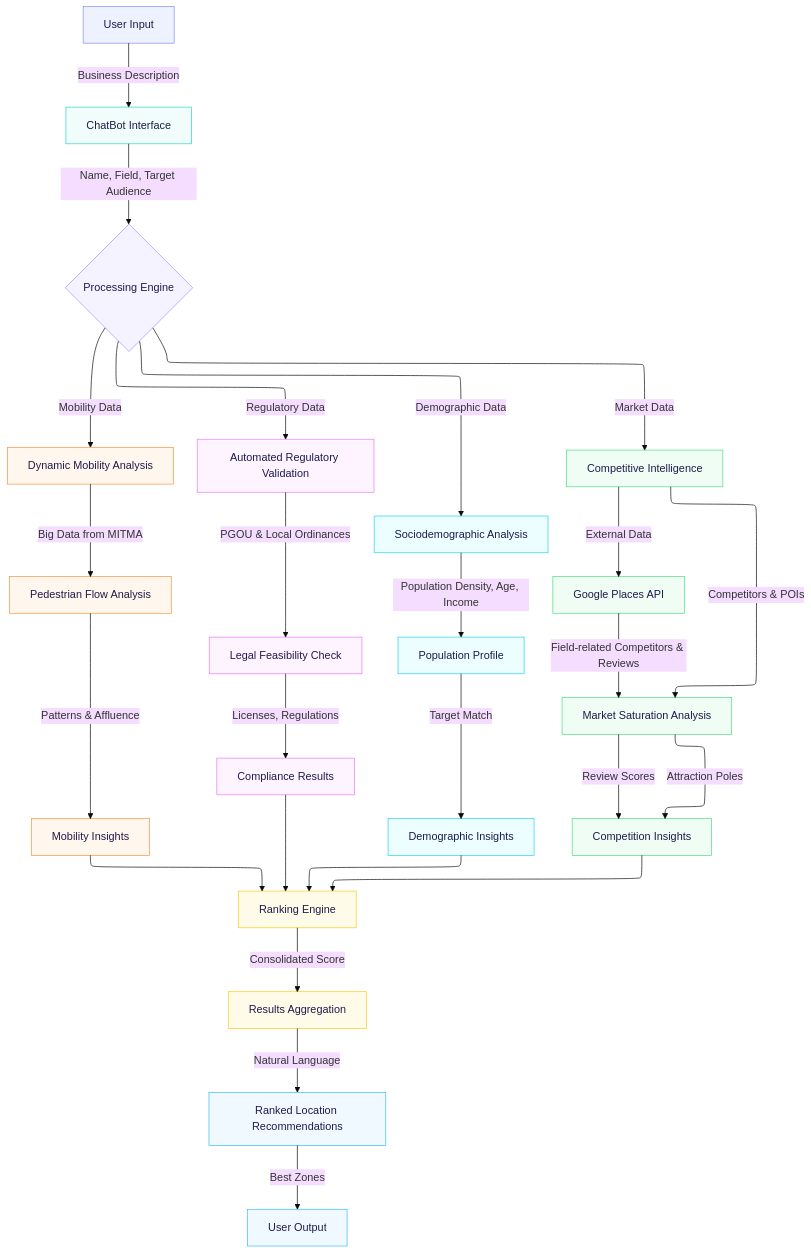
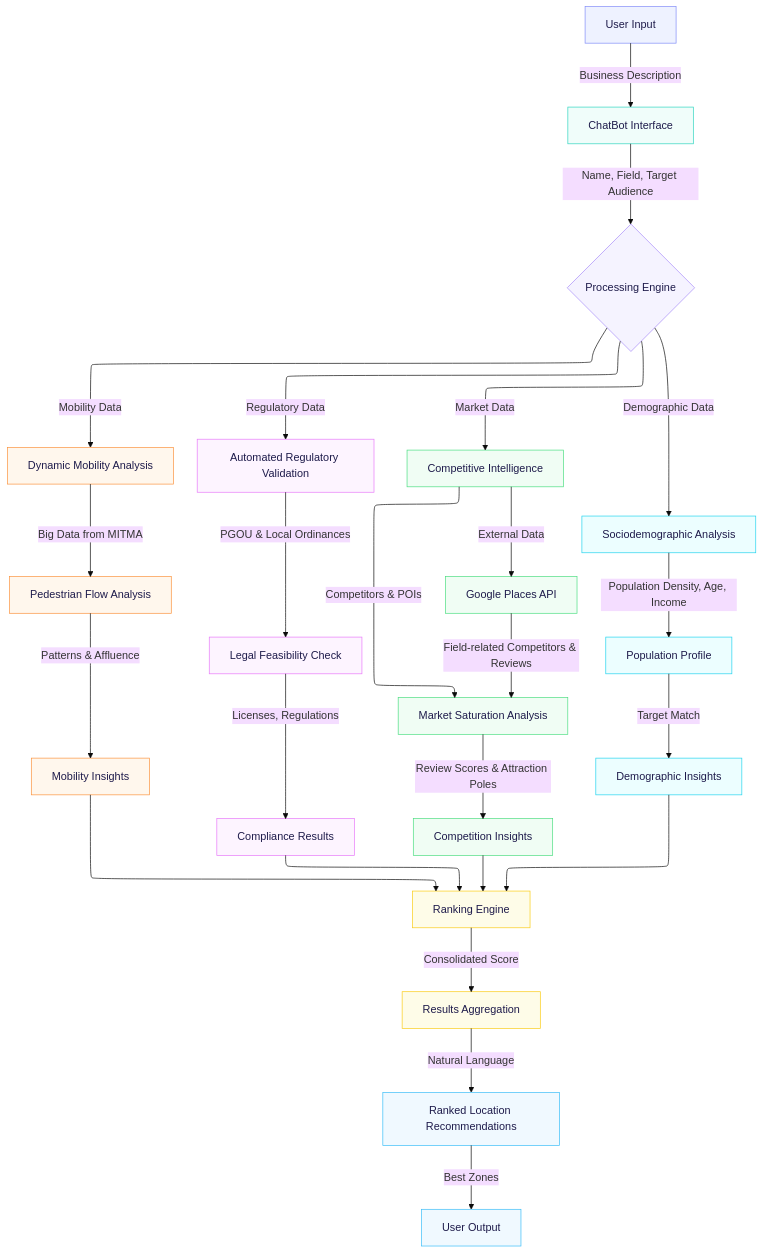
The diagram in docs/diagram.md (geoyield/Geo-Yield-AI), drawn with Mermaid (base theme) before and after one commit. The commit also changed 106 other files, not shown here.

```diff
--- a/docs/diagram.md
+++ b/docs/diagram.md
@@ -3,31 +3,44 @@
 config:
   layout: elk
 ---
+%% ============================================================================
+%% DIAGRAMA DE FLUJO ARQUITECTÓNICO (Geo-Yield-AI)
+%% ============================================================================
+%% Este diagrama modela el flujo de procesamiento de datos de la plataforma.
+%% Refleja un patrón "Fan-Out / Fan-In" (Despliegue y Concentración): 
+%% - Fan-Out: Una sola petición se divide en 4 ramas de análisis paralelo.
+%% - Fan-In: Los resultados se agregan y procesan para dar un informe único.
+
 graph TD
+    %% --- CAPA DE INTERFAZ (Front-End) ---
     A[User Input] -->|Business Description| B[ChatBot Interface]
     B -->|Name, Field, Target Audience| C{Processing Engine}
     
+    %% --- CAPA DE ANÁLISIS EN PARALELO (Fan-Out) ---
+    %% Rama 1: Análisis de Movilidad
     C -->|Mobility Data| D[Dynamic Mobility Analysis]
     D -->|Big Data from MITMA| E[Pedestrian Flow Analysis]
     E -->|Patterns & Affluence| F1[Mobility Insights]
     
+    %% Rama 2: Cumplimiento Normativo (RAG)
     C -->|Regulatory Data| G[Automated Regulatory Validation]
     G -->|PGOU & Local Ordinances| H[Legal Feasibility Check]
     H -->|Licenses, Regulations| F2[Compliance Results]
     
+    %% Rama 3: Análisis Sociodemográfico
     C -->|Demographic Data| I[Sociodemographic Analysis]
     I -->|Population Density, Age, Income| J[Population Profile]
     J -->|Target Match| F3[Demographic Insights]
     
+    %% Rama 4: Inteligencia Competitiva
     C -->|Market Data| K[Competitive Intelligence]
-    K -->|Competitors & POIs| L[Market Saturation Analysis]
-    L -->|Attraction Poles| F4[Competition Insights]
+    %% Se integra una API externa (Google Places) para enriquecer el contexto local.
+    K -->|External Data| GP[Google Places API]
+    GP -->|Field-related Competitors & Reviews| L[Market Saturation Analysis]
+    K -->|Competitors & POIs| L
+    L -->|Review Scores & Attraction Poles| F4[Competition Insights]
     
-    %% Added Google Places API branch
-    K -->|External Data| GP[Google Places API]
-    GP -->|Field-related Competitors & Reviews| L
-    L -->|Review Scores| F4
-    
+    %% --- CAPA DE SÍNTESIS Y SALIDA (Fan-In) ---
     F1 --> M[Ranking Engine]
     F2 --> M
     F3 --> M
@@ -37,22 +50,33 @@
     N -->|Natural Language| O[Ranked Location Recommendations]
     O -->|Best Zones| P[User Output]
     
+    %% --- SISTEMA DE DISEÑO (Colores y Estilos por Dominio) ---
     style A fill:#eef2ff,stroke:#818cf8,color:#1e1b4b
     style B fill:#f0fdfa,stroke:#2dd4bf,color:#1e1b4b
     style C fill:#f5f3ff,stroke:#a78bfa,color:#1e1b4b
+    
+    %% Rama Naranja: Movilidad
     style D fill:#fff7ed,stroke:#fb923c,color:#1e1b4b
     style E fill:#fff7ed,stroke:#fb923c,color:#1e1b4b
     style F1 fill:#fff7ed,stroke:#fb923c,color:#1e1b4b
+    
+    %% Rama Rosa: Normativa
     style G fill:#fdf4ff,stroke:#e879f9,color:#1e1b4b
     style H fill:#fdf4ff,stroke:#e879f9,color:#1e1b4b
     style F2 fill:#fdf4ff,stroke:#e879f9,color:#1e1b4b
+    
+    %% Rama Azul: Demografía
     style I fill:#ecfeff,stroke:#22d3ee,color:#1e1b4b
     style J fill:#ecfeff,stroke:#22d3ee,color:#1e1b4b
     style F3 fill:#ecfeff,stroke:#22d3ee,color:#1e1b4b
+    
+    %% Rama Verde: Competencia
     style K fill:#f0fdf4,stroke:#4ade80,color:#1e1b4b
     style L fill:#f0fdf4,stroke:#4ade80,color:#1e1b4b
     style GP fill:#f0fdf4,stroke:#4ade80,color:#1e1b4b
     style F4 fill:#f0fdf4,stroke:#4ade80,color:#1e1b4b
+    
+    %% Agregación Final
     style M fill:#fefce8,stroke:#facc15,color:#1e1b4b
     style N fill:#fefce8,stroke:#facc15,color:#1e1b4b
     style O fill:#f0f9ff,stroke:#38bdf8,color:#1e1b4b
```
